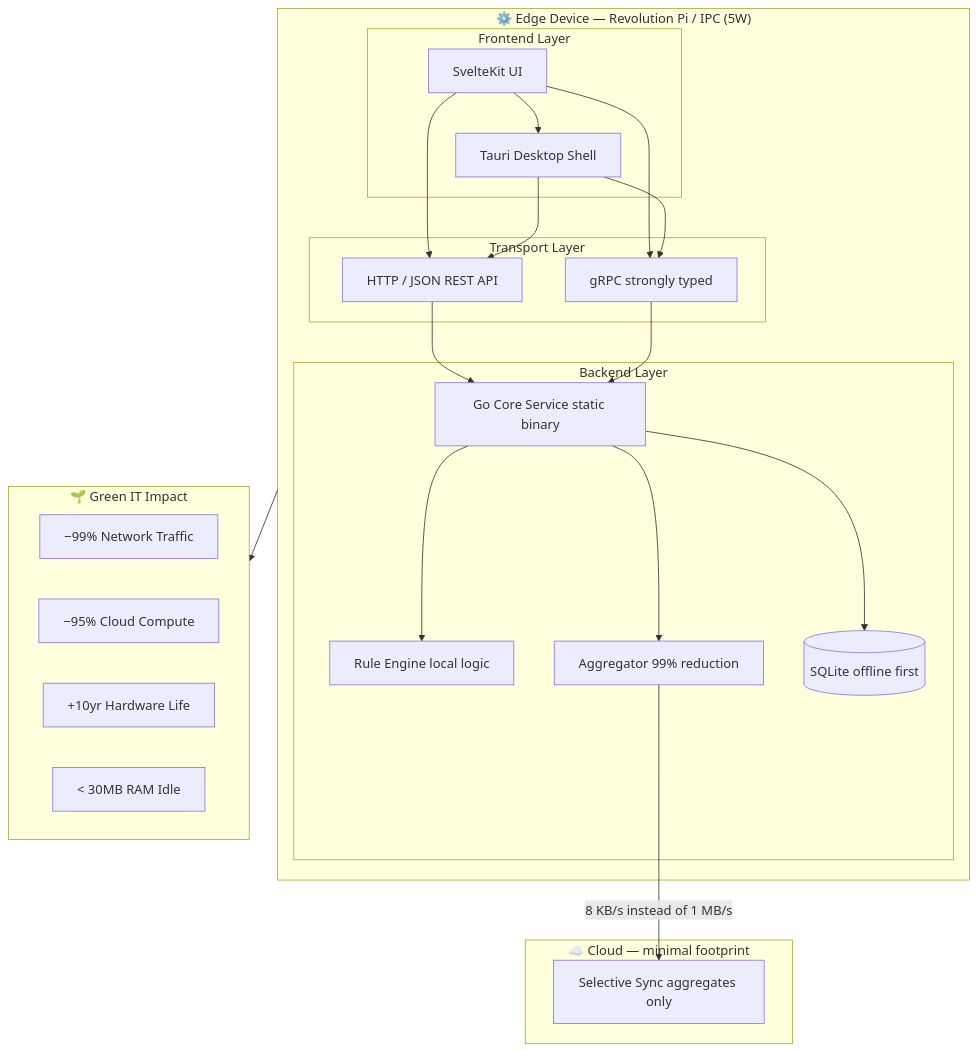
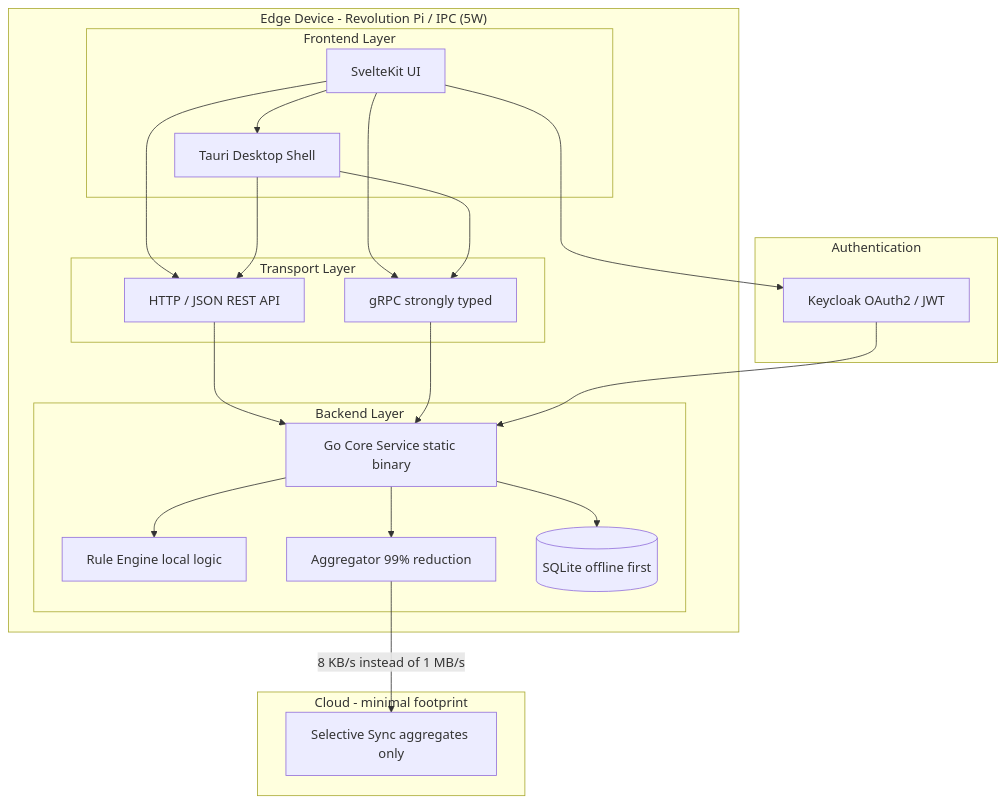
Before and after one commit to waeel1937/full-stack-go-SvelteKit-SQLite-template: the diagram in README.md, drawn with Mermaid. The commit also changed other lines of this file, not shown here.

````diff
--- a/README.md
+++ b/README.md
@@ -26,40 +19,38 @@
 ```mermaid
 flowchart TB
-    subgraph EDGE["⚙️ Edge Device — Revolution Pi / IPC (5W)"]
+    subgraph EDGE["Edge Device - Revolution Pi / IPC (5W)"]
         subgraph Frontend["Frontend Layer"]
             SK[SvelteKit UI]
             TA[Tauri Desktop Shell]
             SK --> TA
         end
         subgraph Transport["Transport Layer"]
             HTTP[HTTP / JSON REST API]
             GRPC[gRPC strongly typed]
         end
         subgraph Backend["Backend Layer"]
             GO[Go Core Service static binary]
             RE[Rule Engine local logic]
             AGG[Aggregator 99% reduction]
             DB[(SQLite offline first)]
         end
         SK --> HTTP
         TA --> HTTP
         SK --> GRPC
         TA --> GRPC
         HTTP --> GO
         GRPC --> GO
         GO --> RE
         GO --> AGG
         GO --> DB
     end
-    subgraph CLOUD["☁️ Cloud — minimal footprint"]
+    subgraph AUTH["Authentication"]
+        KC[Keycloak OAuth2 / JWT]
+    end
+    subgraph CLOUD["Cloud - minimal footprint"]
         SYNC[Selective Sync aggregates only]
     end
-    subgraph GREEN["🌱 Green IT Impact"]
-        G1[−99% Network Traffic]
-        G2[−95% Cloud Compute]
-        G3[+10yr Hardware Life]
-        G4[< 30MB RAM Idle]
-    end
+    SK --> KC
+    KC --> GO
     AGG -->|8 KB/s instead of 1 MB/s| SYNC
-    EDGE --> GREEN
 ```
````
